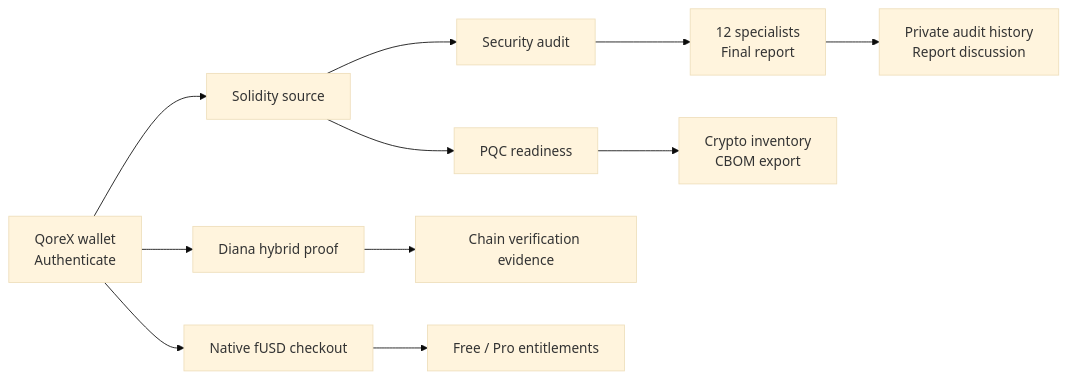
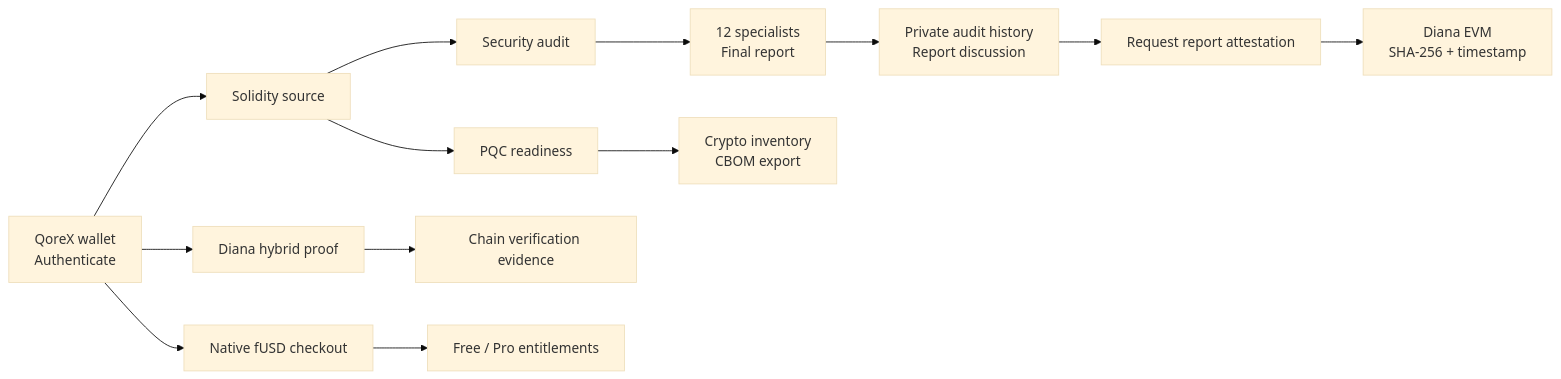
The first of 2 diagrams in README.md (rocknwa/qoresentinel), drawn with Mermaid (base theme) before and after one commit. The commit also changed other lines of this file and 2 other files, not shown here.

Commit message:
docs: record verified Diana UI attestation and production publishing flow

````diff
--- a/README.md
+++ b/README.md
@@ -27,13 +27,15 @@
 ```mermaid
 flowchart LR
     W["QoreX wallet<br/>Authenticate"] --> S["Solidity source"]
     S --> A["Security audit"]
     S --> P["PQC readiness"]
     A --> R["12 specialists<br/>Final report"]
     R --> H["Private audit history<br/>Report discussion"]
+    H --> AT["Request report attestation"]
+    AT --> AE["Diana EVM<br/>SHA-256 + timestamp"]
     P --> C["Crypto inventory<br/>CBOM export"]
     W --> X["Diana hybrid proof"]
     X --> E["Chain verification evidence"]
     W --> B["Native fUSD checkout"]
     B --> L["Free / Pro entitlements"]
 ```
````
